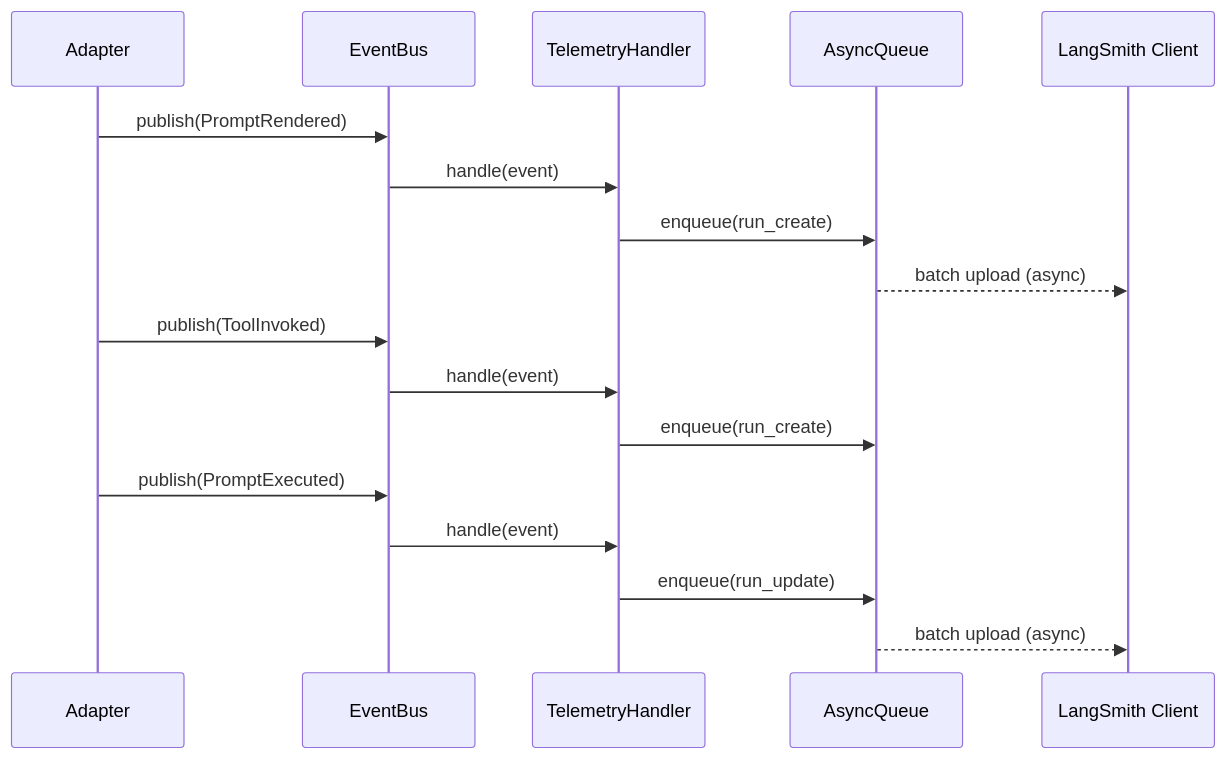
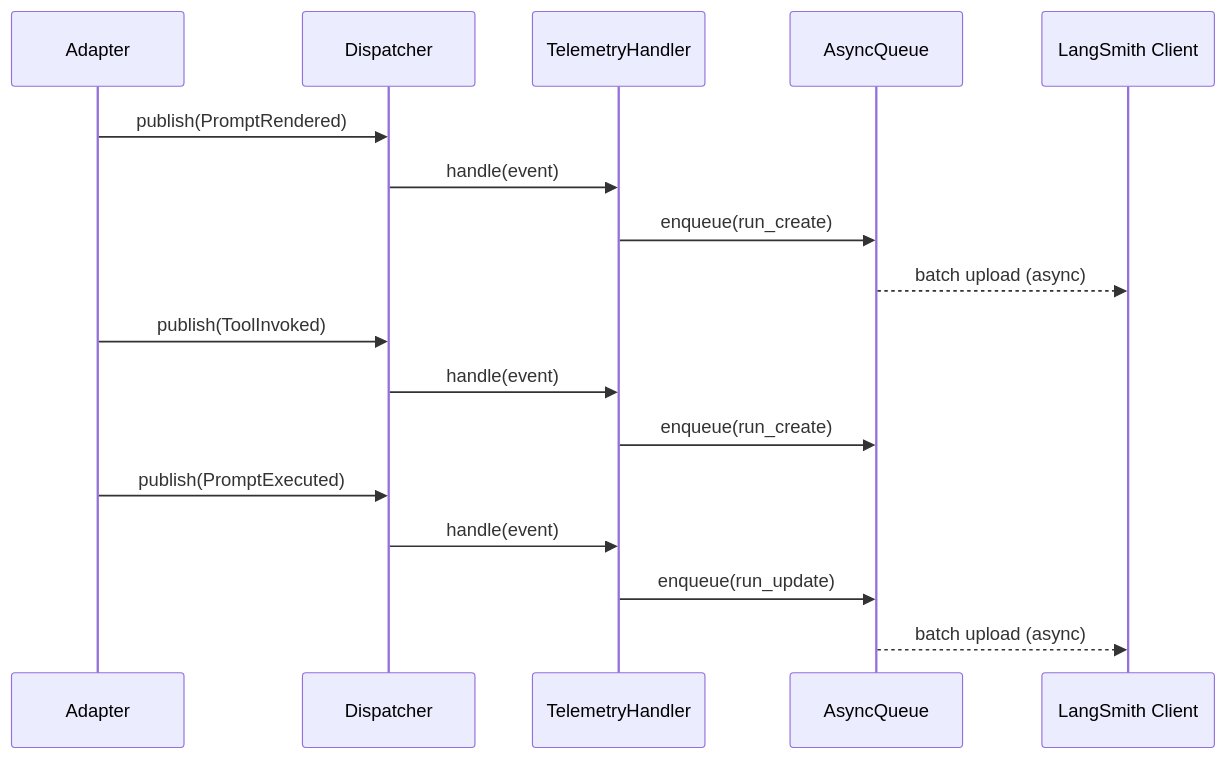
The third of 6 diagrams in specs/LANGSMITH.md (weakincentives/weakincentives), drawn with Mermaid before and after one commit. The commit also changed other lines of this file and 80 other files, not shown here.

First line of the commit message:
Rename EventBus to Dispatcher with dispatch() returning DispatchResult

````diff
--- a/specs/LANGSMITH.md
+++ b/specs/LANGSMITH.md
@@ -213,22 +213,22 @@
 ```mermaid
 sequenceDiagram
     participant A as Adapter
-    participant B as EventBus
+    participant B as Dispatcher
     participant T as TelemetryHandler
     participant Q as AsyncQueue
     participant L as LangSmith Client
 
     A->>B: publish(PromptRendered)
     B->>T: handle(event)
     T->>Q: enqueue(run_create)
     Q-->>L: batch upload (async)
 
     A->>B: publish(ToolInvoked)
     B->>T: handle(event)
     T->>Q: enqueue(run_create)
 
     A->>B: publish(PromptExecuted)
     B->>T: handle(event)
     T->>Q: enqueue(run_update)
     Q-->>L: batch upload (async)
 ```
````
